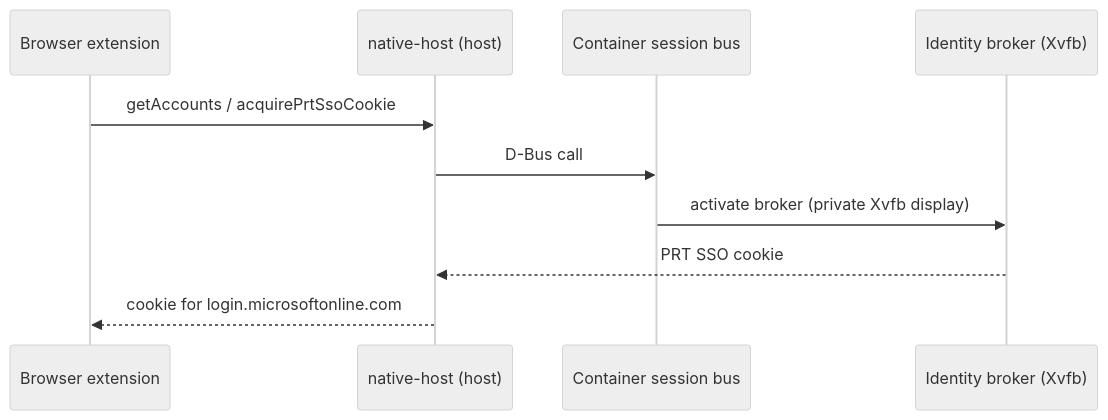
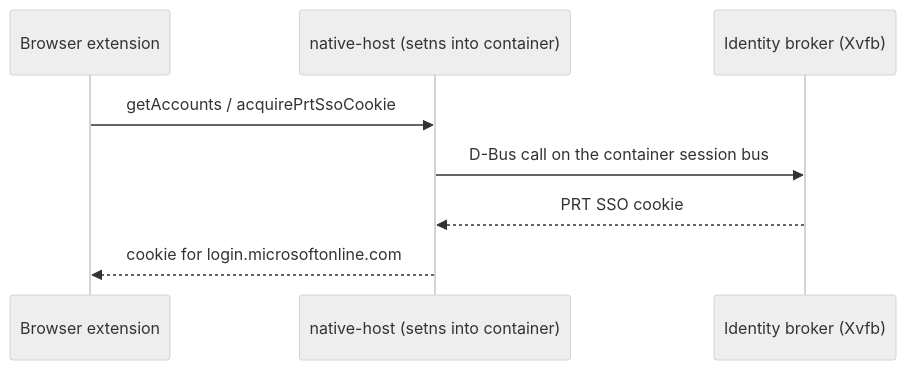
The third of 4 diagrams in docs/architecture.md (magicabdel/intune-container), drawn with Mermaid (neutral theme) before and after one commit. The commit also changed other lines of this file and 25 other files, not shown here.

````diff
--- a/docs/architecture.md
+++ b/docs/architecture.md
@@ -73,13 +84,11 @@
 ```mermaid
 sequenceDiagram
     participant E as Browser extension
-    participant N as native-host (host)
-    participant S as Container session bus
+    participant N as native-host (setns into container)
     participant B as Identity broker (Xvfb)
 
     E->>N: getAccounts / acquirePrtSsoCookie
-    N->>S: D-Bus call
-    S->>B: activate broker (private Xvfb display)
+    N->>B: D-Bus call on the container session bus
     B-->>N: PRT SSO cookie
     N-->>E: cookie for login.microsoftonline.com
 ```
````
